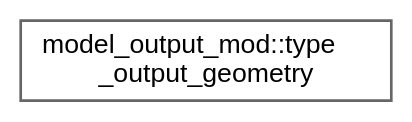
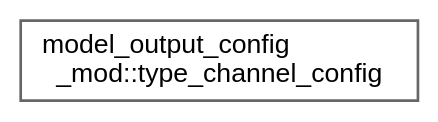
Before and after one commit to mayhl/FUNWAVE-TVD: the diagram in release/v4.0-beta/inherit_graph_43.dot, drawn with Graphviz. The commit also changed 86 other files, not shown here.

```diff
--- a/release/v4.0-beta/inherit_graph_43.dot
+++ b/release/v4.0-beta/inherit_graph_43.dot
@@ -1,9 +1,9 @@
 digraph "Graphical Class Hierarchy"
 {
  // LATEX_PDF_SIZE
   bgcolor="transparent";
   edge [fontname=Helvetica,fontsize=10,labelfontname=Helvetica,labelfontsize=10];
   node [fontname=Helvetica,fontsize=10,shape=box,height=0.2,width=0.4];
   rankdir="LR";
-  Node0 [id="Node000000",label="model_output_mod::type\l_output_geometry",height=0.2,width=0.4,color="grey40", fillcolor="white", style="filled",URL="$structmodel__output__mod_1_1type__output__geometry.html",tooltip=" "];
+  Node0 [id="Node000000",label="model_output_config\l_mod::type_channel_config",height=0.2,width=0.4,color="grey40", fillcolor="white", style="filled",URL="$structmodel__output__config__mod_1_1type__channel__config.html",tooltip=" "];
 }
```
